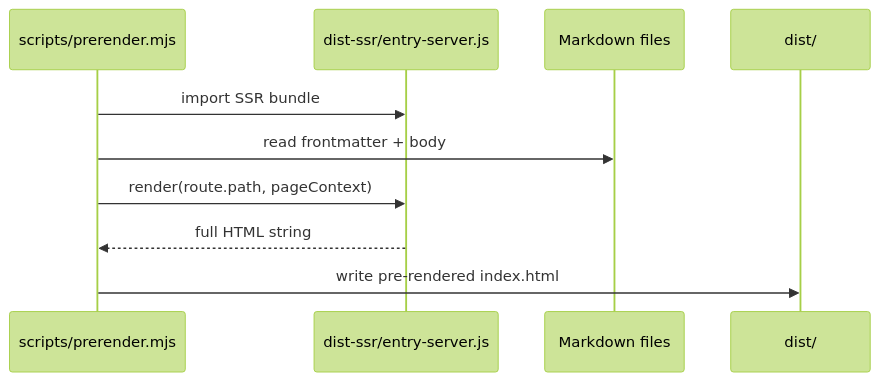
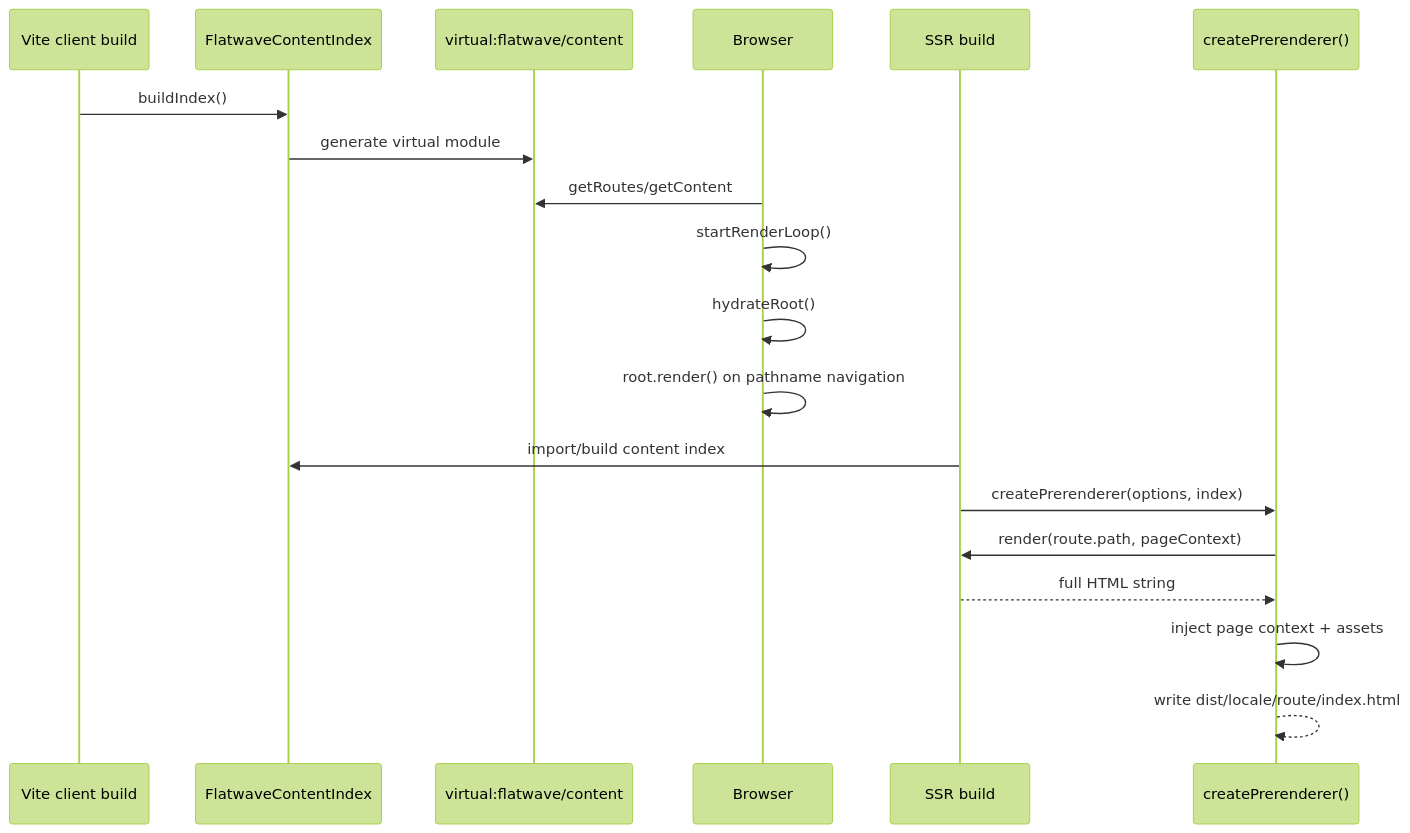
One commit to kamansoft/vite-plugin-flatwave-react changed the second of 2 diagrams in docs/ARCHITECTURE.md. Above: the diagram before and after it, drawn with Mermaid (forest theme). The commit also changed other lines of this file and 10 other files, not shown here.

````diff
--- a/docs/ARCHITECTURE.md
+++ b/docs/ARCHITECTURE.md
@@ -223,13 +78,23 @@
 ```mermaid
 sequenceDiagram
-    participant S as scripts/prerender.mjs
-    participant B as dist-ssr/entry-server.js
-    participant M as Markdown files
-    participant D as dist/
-    
-    S->>B: import SSR bundle
-    S->>M: read frontmatter + body
-    S->>B: render(route.path, pageContext)
-    B-->>S: full HTML string
-    S->>D: write pre-rendered index.html
+    participant Vite as Vite client build
+    participant Index as FlatwaveContentIndex
+    participant VM as virtual:flatwave/content
+    participant Browser as Browser
+    participant SSR as SSR build
+    participant Pre as createPrerenderer()
+
+    Vite->>Index: buildIndex()
+    Index->>VM: generate virtual module
+    Browser->>VM: getRoutes/getContent
+    Browser->>Browser: startRenderLoop()
+    Browser->>Browser: hydrateRoot()
+    Browser->>Browser: root.render() on pathname navigation
+
+    SSR->>Index: import/build content index
+    SSR->>Pre: createPrerenderer(options, index)
+    Pre->>SSR: render(route.path, pageContext)
+    SSR-->>Pre: full HTML string
+    Pre->>Pre: inject page context + assets
+    Pre-->>Pre: write dist/locale/route/index.html
 ```
````
